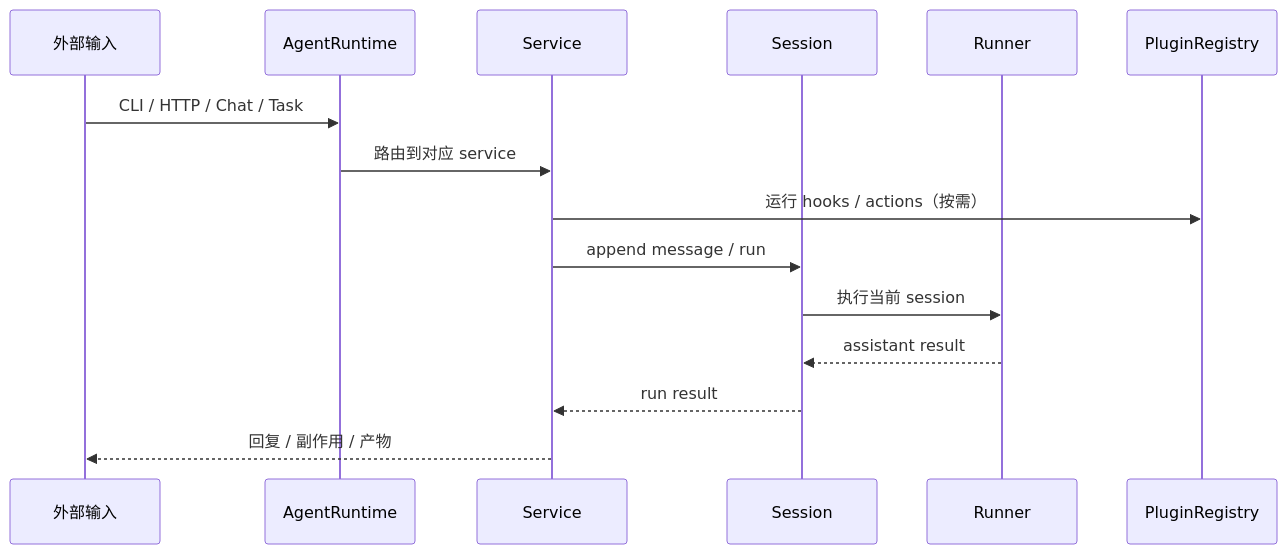
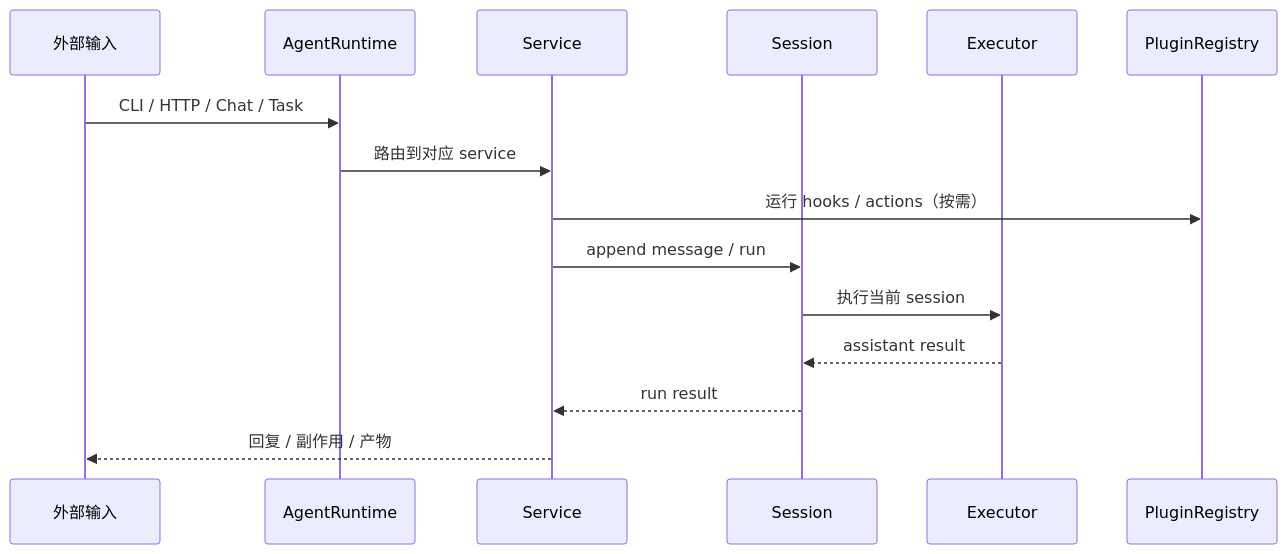
The third of 3 diagrams in homepage/content/devdocs/zh/package/runtime-and-services.mdx (wangenius/downcity), drawn with Mermaid before and after one commit. The commit also changed 46 other files, not shown here.

````diff
--- a/homepage/content/devdocs/zh/package/runtime-and-services.mdx
+++ b/homepage/content/devdocs/zh/package/runtime-and-services.mdx
@@ -224,18 +224,18 @@
 ```mermaid
 sequenceDiagram
   participant In as 外部输入
   participant Agent as AgentRuntime
   participant Service as Service
   participant Session as Session
-  participant Core as Runner
+  participant Core as Executor
   participant Plugin as PluginRegistry
 
   In->>Agent: CLI / HTTP / Chat / Task
   Agent->>Service: 路由到对应 service
   Service->>Plugin: 运行 hooks / actions（按需）
   Service->>Session: append message / run
   Session->>Core: 执行当前 session
   Core-->>Session: assistant result
   Session-->>Service: run result
   Service-->>In: 回复 / 副作用 / 产物
 ```
````
